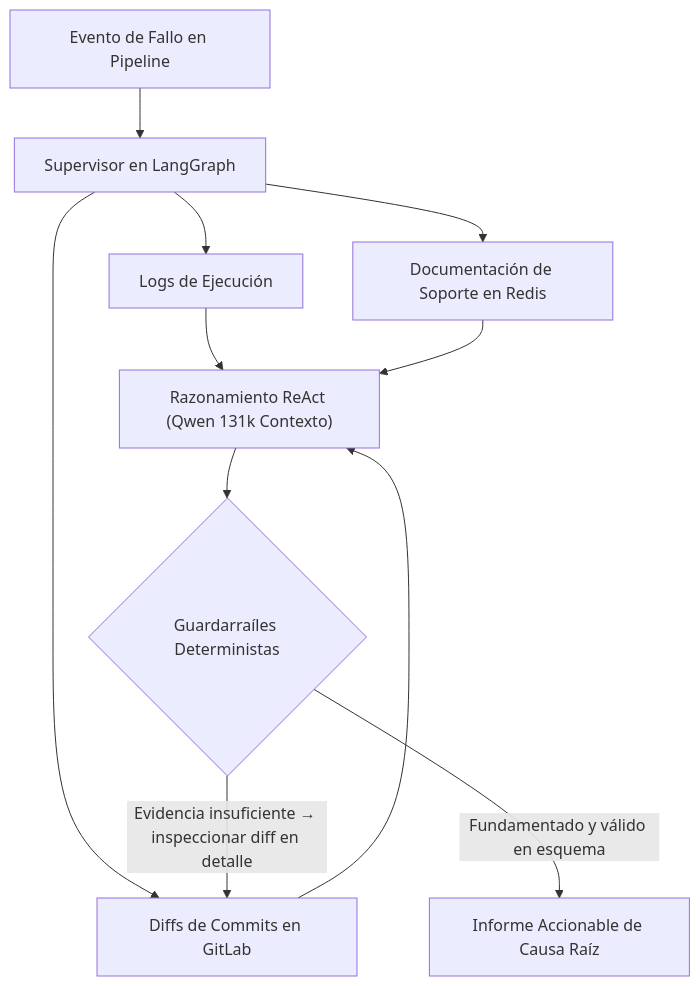
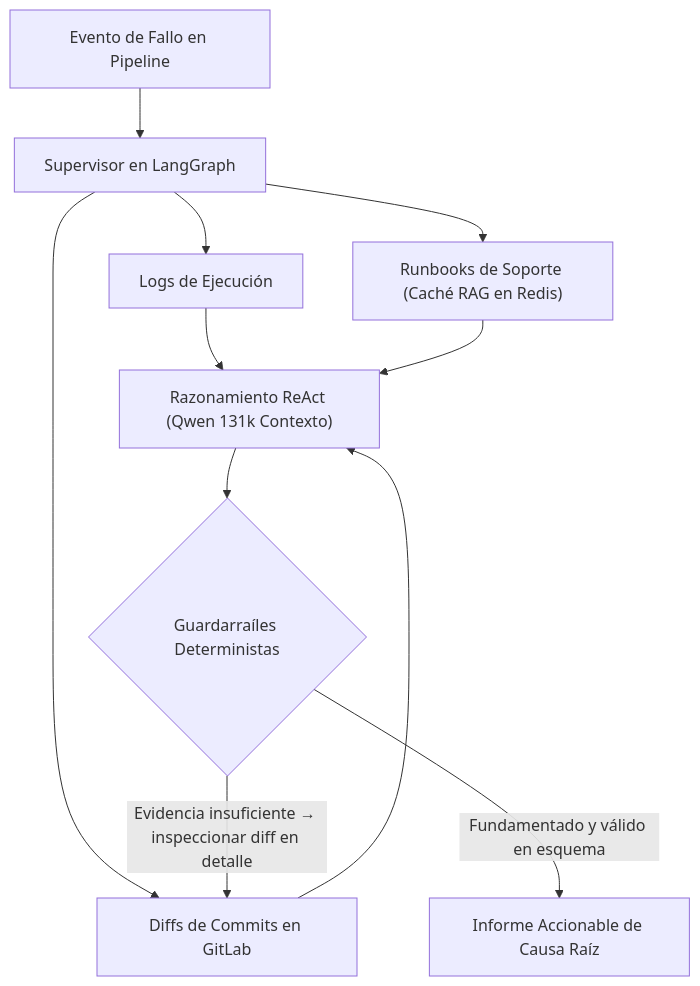
Before and after one commit to oredondo/oredondo.github.io: the diagram in docs_es/blog/posts/2026-03-10-agentic-cicd-diagnostics-langgraph.md, drawn with Mermaid. The commit also changed other lines of this file and 9 other files, not shown here.

Commit message:
docs: clarify Redis runbook RAG cache vs human manual triage and fix pipeline terminology

````diff
--- a/docs_es/blog/posts/2026-03-10-agentic-cicd-diagnostics-langgraph.md
+++ b/docs_es/blog/posts/2026-03-10-agentic-cicd-diagnostics-langgraph.md
@@ -42,11 +42,11 @@
 ```mermaid
 flowchart TD
     Event["Evento de Fallo en Pipeline"] --> Supervisor["Supervisor en LangGraph"]
     Supervisor --> Logs["Logs de Ejecución"]
-    Supervisor --> Docs["Documentación de Soporte en Redis"]
+    Supervisor --> Docs["Runbooks de Soporte (Caché RAG en Redis)"]
     Supervisor --> Diffs["Diffs de Commits en GitLab"]
     Logs & Docs & Diffs --> ReAct["Razonamiento ReAct (Qwen 131k Contexto)"]
     ReAct --> Gate{"Guardarraíles Deterministas"}
     Gate -- "Evidencia insuficiente → inspeccionar diff en detalle" --> Diffs
     Gate -- "Fundamentado y válido en esquema" --> Diagnosis["Informe Accionable de Causa Raíz"]
 ```
````
